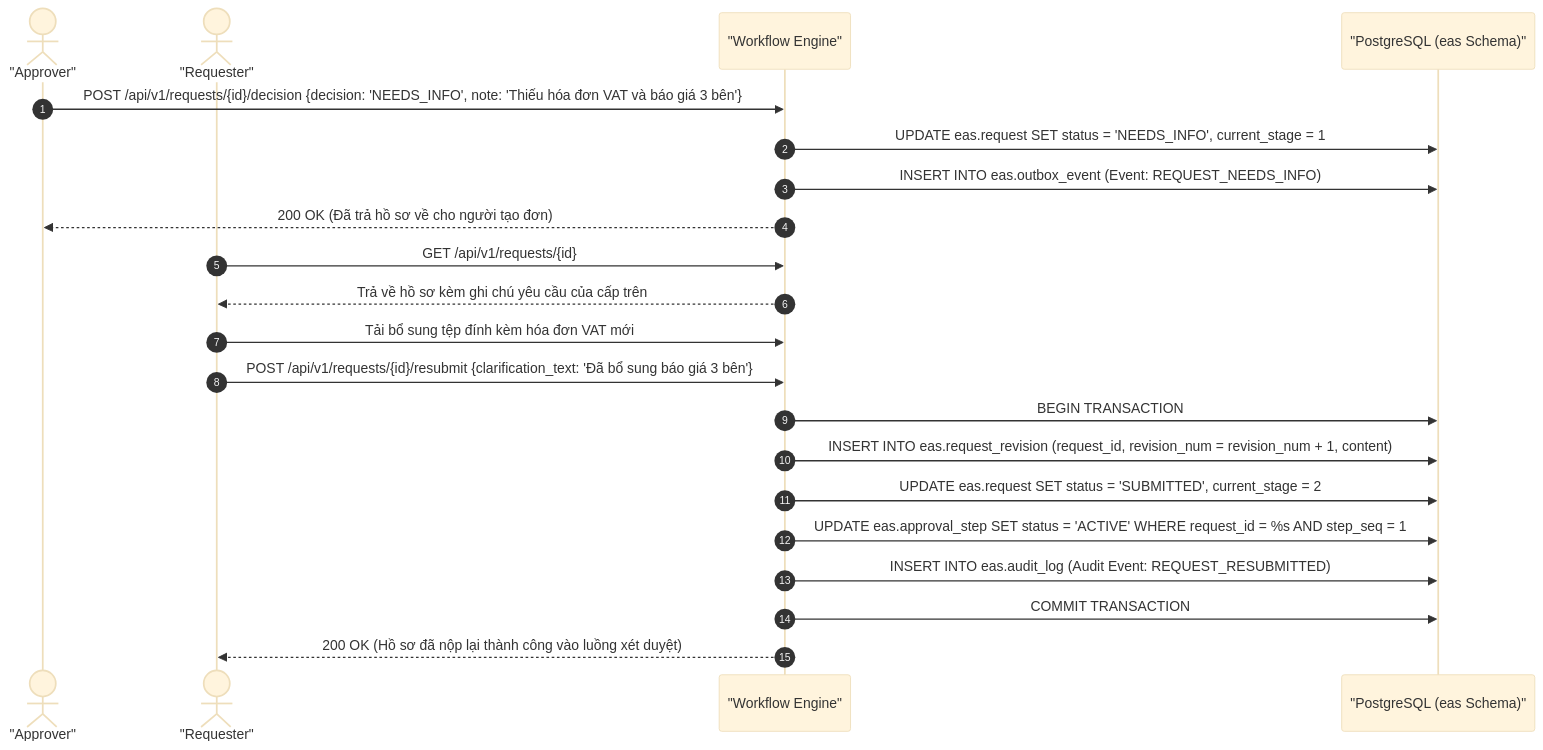
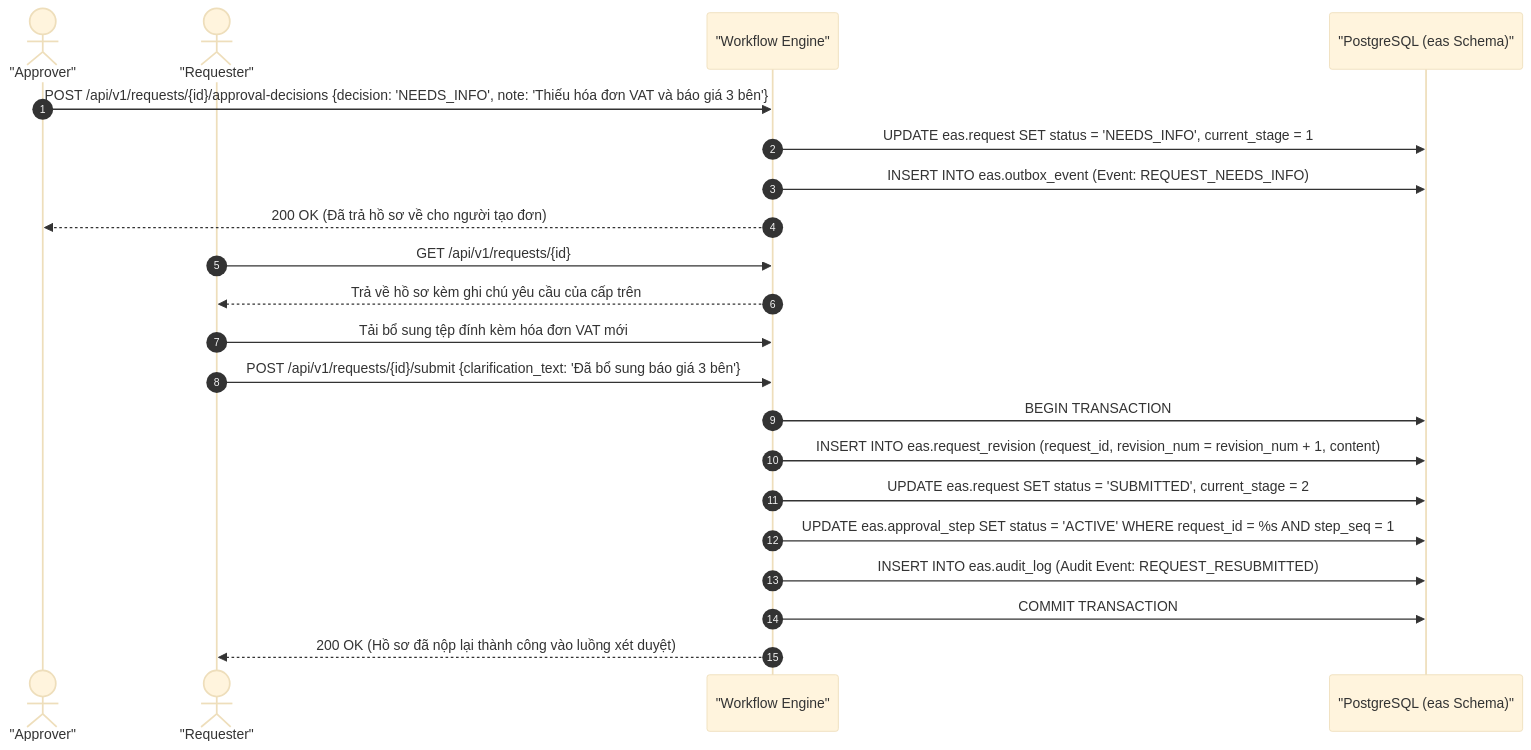
Diagram 18 of 22 in workspace/analysis_design/04_SO_DO_SEQUENCE.md (PhanQuangHuy2310/DATN), drawn with Mermaid (base theme) before and after one commit. The commit also changed other lines of this file and 176 other files, not shown here.

First line of the commit message:
feat: external systems via API, schema v2, security fixes and E2E-verified UI

````diff
--- a/workspace/analysis_design/04_SO_DO_SEQUENCE.md
+++ b/workspace/analysis_design/04_SO_DO_SEQUENCE.md
@@ -668,26 +668,26 @@
 ```mermaid
 sequenceDiagram
     autonumber
     actor App as "Approver"
     actor Req as "Requester"
     participant Core as "Workflow Engine"
     participant DB as "PostgreSQL (eas Schema)"
 
-    App->>Core: POST /api/v1/requests/{id}/decision {decision: 'NEEDS_INFO', note: 'Thiếu hóa đơn VAT và báo giá 3 bên'}
+    App->>Core: POST /api/v1/requests/{id}/approval-decisions {decision: 'NEEDS_INFO', note: 'Thiếu hóa đơn VAT và báo giá 3 bên'}
     Core->>DB: UPDATE eas.request SET status = 'NEEDS_INFO', current_stage = 1
     Core->>DB: INSERT INTO eas.outbox_event (Event: REQUEST_NEEDS_INFO)
     Core-->>App: 200 OK (Đã trả hồ sơ về cho người tạo đơn)
 
     Req->>Core: GET /api/v1/requests/{id}
     Core-->>Req: Trả về hồ sơ kèm ghi chú yêu cầu của cấp trên
     Req->>Core: Tải bổ sung tệp đính kèm hóa đơn VAT mới
-    Req->>Core: POST /api/v1/requests/{id}/resubmit {clarification_text: 'Đã bổ sung báo giá 3 bên'}
+    Req->>Core: POST /api/v1/requests/{id}/submit {clarification_text: 'Đã bổ sung báo giá 3 bên'}
     
     Core->>DB: BEGIN TRANSACTION
     Core->>DB: INSERT INTO eas.request_revision (request_id, revision_num = revision_num + 1, content)
     Core->>DB: UPDATE eas.request SET status = 'SUBMITTED', current_stage = 2
     Core->>DB: UPDATE eas.approval_step SET status = 'ACTIVE' WHERE request_id = %s AND step_seq = 1
     Core->>DB: INSERT INTO eas.audit_log (Audit Event: REQUEST_RESUBMITTED)
     Core->>DB: COMMIT TRANSACTION
     Core-->>Req: 200 OK (Hồ sơ đã nộp lại thành công vào luồng xét duyệt)
 ```
````
